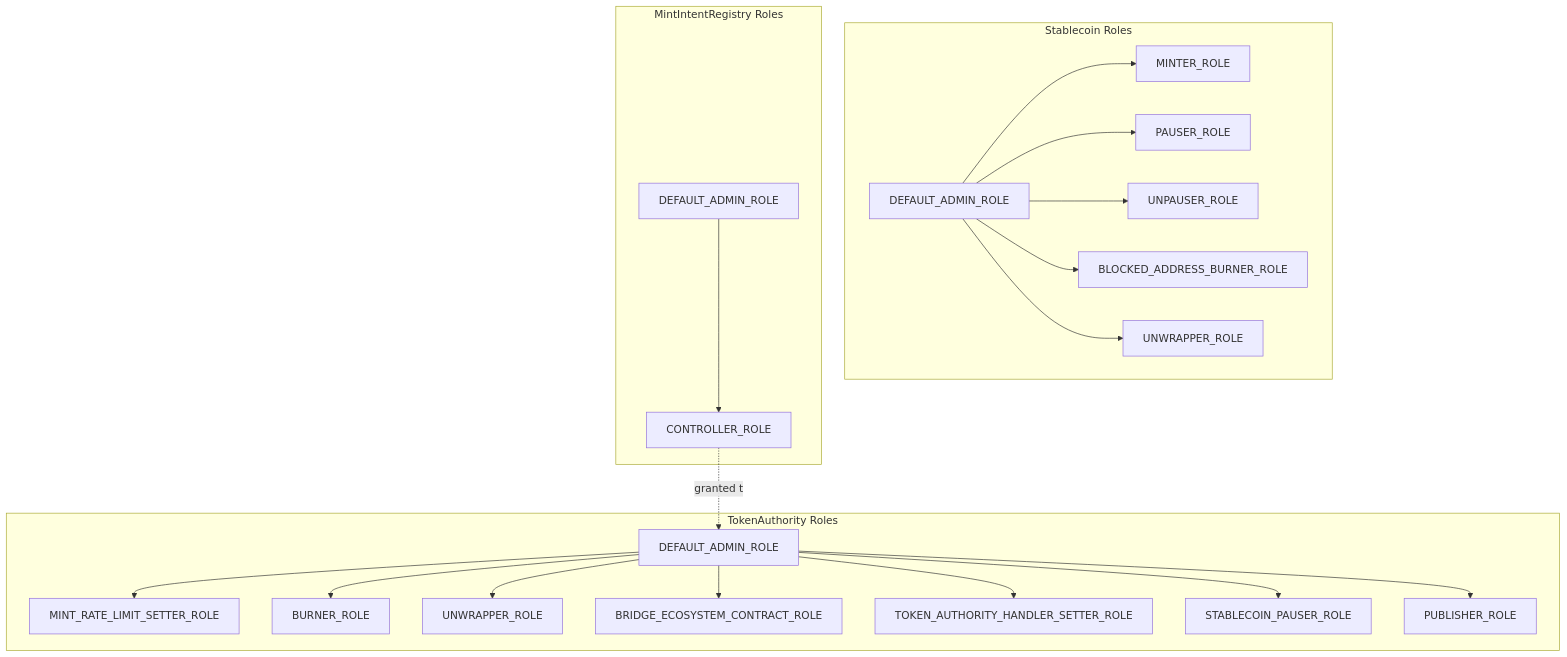
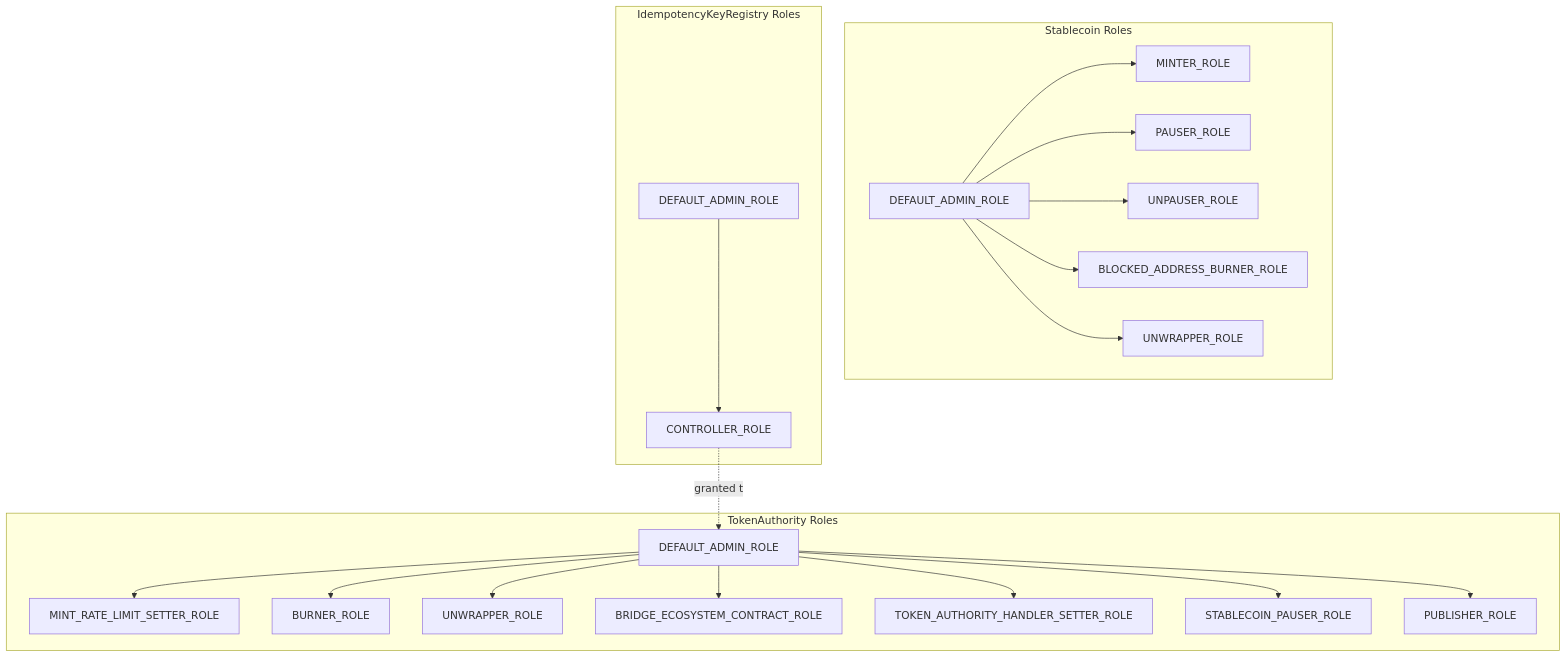
One commit to withbridge/erc20-stablecoin-template changed the first of 4 diagrams in docs/ACCESS_CONTROL.md. Above: the diagram before and after it, drawn with Mermaid. The commit also changed other lines of this file and 31 other files, not shown here.

Commit message:
update registry to track idempotency keys

````diff
--- a/docs/ACCESS_CONTROL.md
+++ b/docs/ACCESS_CONTROL.md
@@ -5,44 +5,44 @@
 ```mermaid
 graph TB
     subgraph "Stablecoin Roles"
         DA[DEFAULT_ADMIN_ROLE]
         M[MINTER_ROLE]
         P[PAUSER_ROLE]
         UP[UNPAUSER_ROLE]
         BAB[BLOCKED_ADDRESS_BURNER_ROLE]
         UW[UNWRAPPER_ROLE]
     end
 
     subgraph "TokenAuthority Roles"
         TA_DA[DEFAULT_ADMIN_ROLE]
         MRLS[MINT_RATE_LIMIT_SETTER_ROLE]
         B[BURNER_ROLE]
         TA_UW[UNWRAPPER_ROLE]
         BEC[BRIDGE_ECOSYSTEM_CONTRACT_ROLE]
         THS[TOKEN_AUTHORITY_HANDLER_SETTER_ROLE]
         SP[STABLECOIN_PAUSER_ROLE]
         PUB[PUBLISHER_ROLE]
     end
 
-    subgraph "MintIntentRegistry Roles"
+    subgraph "IdempotencyKeyRegistry Roles"
         MIR_DA[DEFAULT_ADMIN_ROLE]
         CR[CONTROLLER_ROLE]
     end
 
     DA --> M
     DA --> P
     DA --> UP
     DA --> BAB
     DA --> UW
 
     TA_DA --> MRLS
     TA_DA --> B
     TA_DA --> TA_UW
     TA_DA --> BEC
     TA_DA --> THS
     TA_DA --> SP
     TA_DA --> PUB
 
     MIR_DA --> CR
     CR -.granted to.-> TA_DA
 ```
````
